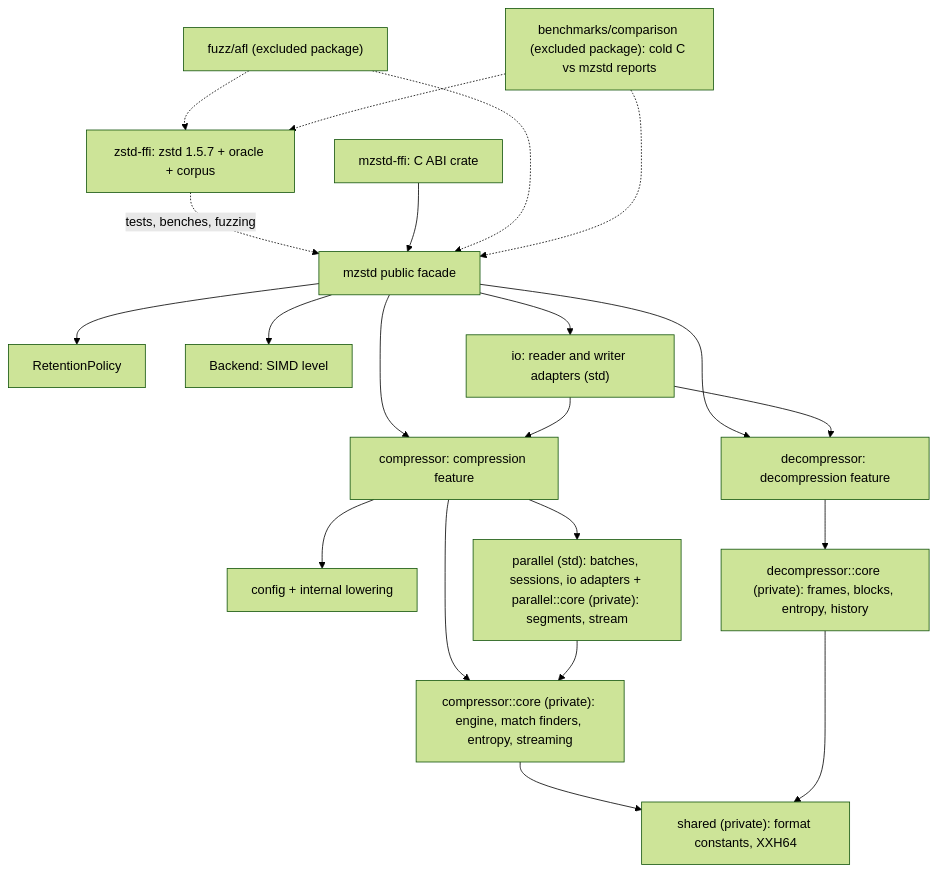
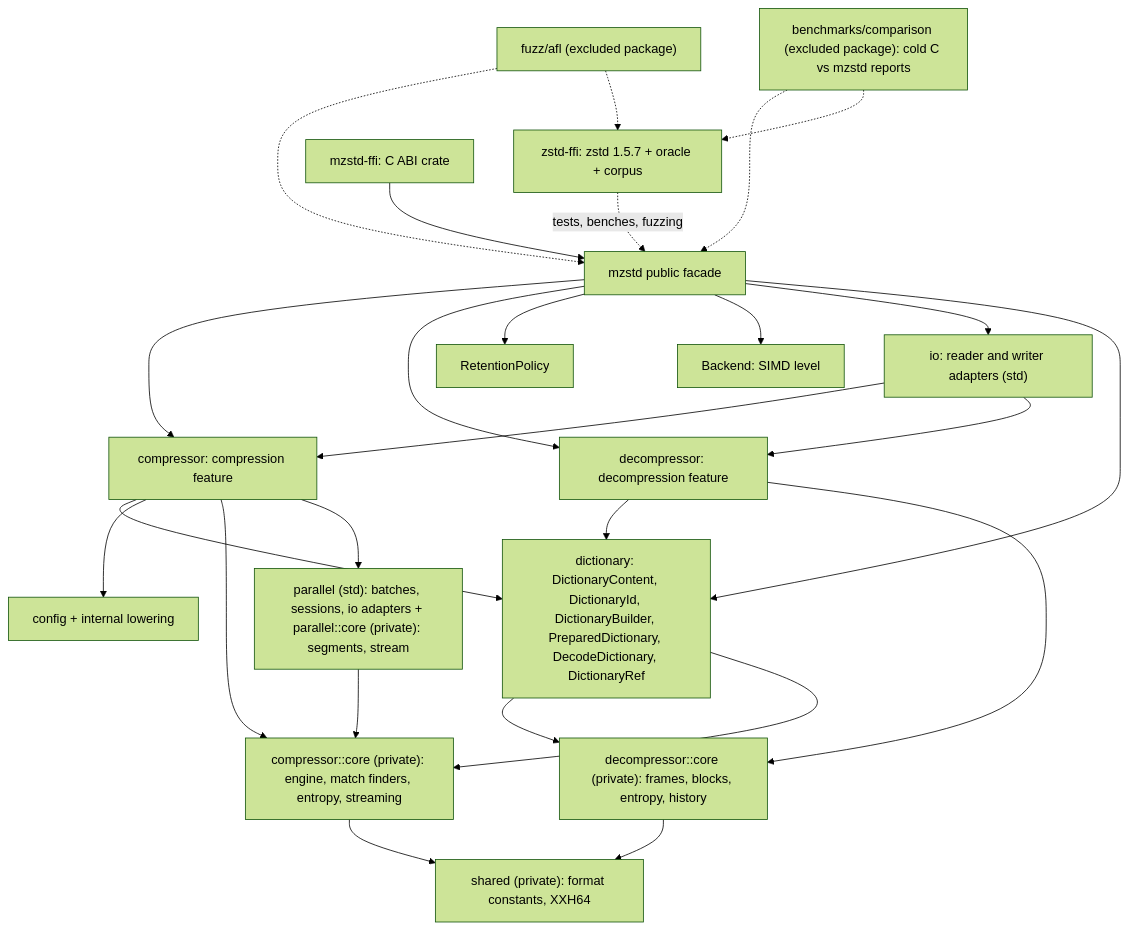
Before and after one commit to M-Compressors/mzstd: the diagram in architecture/README.md, drawn with Mermaid (forest theme). The commit also changed other lines of this file and 106 other files, not shown here.

````diff
--- a/architecture/README.md
+++ b/architecture/README.md
@@ -11,23 +11,28 @@
 ```mermaid
 graph TD
     Root[mzstd public facade] --> Encode[compressor: compression feature]
     Root --> Decode[decompressor: decompression feature]
     Root --> Ret[RetentionPolicy]
     Root --> Back[Backend: SIMD level]
     Root --> IO["io: reader and writer adapters (std)"]
+    Root --> Dict["dictionary: DictionaryContent, DictionaryId, DictionaryBuilder, PreparedDictionary, DecodeDictionary, DictionaryRef"]
+    Decode --> Dict
+    Encode --> Dict
+    Dict --> DCore
+    Dict --> ECore
     Encode --> Cfg[config + internal lowering]
     Encode --> ECore["compressor::core (private): engine, match finders, entropy, streaming"]
     Encode --> Par["parallel (std): batches, sessions, io adapters + parallel::core (private): segments, stream"]
     Par --> ECore
     Decode --> DCore["decompressor::core (private): frames, blocks, entropy, history"]
     ECore --> Shared["shared (private): format constants, XXH64"]
     DCore --> Shared
     IO --> Encode
     IO --> Decode
     Ref["zstd-ffi: zstd 1.5.7 + oracle + corpus"] -. tests, benches, fuzzing .-> Root
     CABI["mzstd-ffi: C ABI crate"] --> Root
     Fuzz["fuzz/afl (excluded package)"] -.-> Root
     Fuzz -.-> Ref
     Cmp["benchmarks/comparison (excluded package): cold C vs mzstd reports"] -.-> Root
     Cmp -.-> Ref
 ```
````
